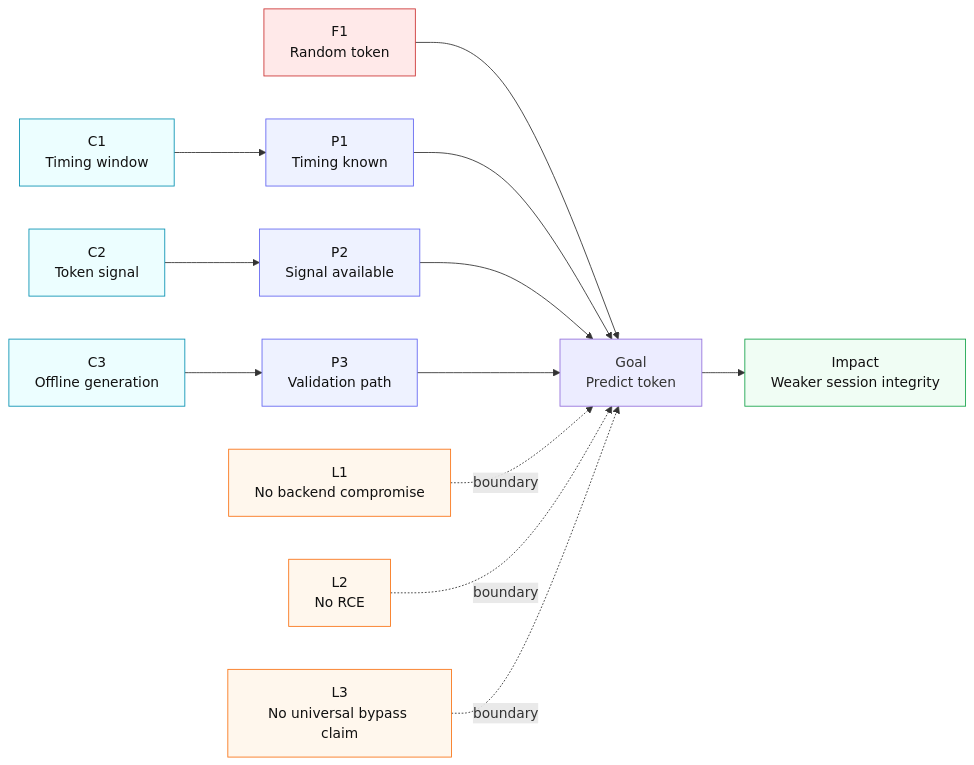
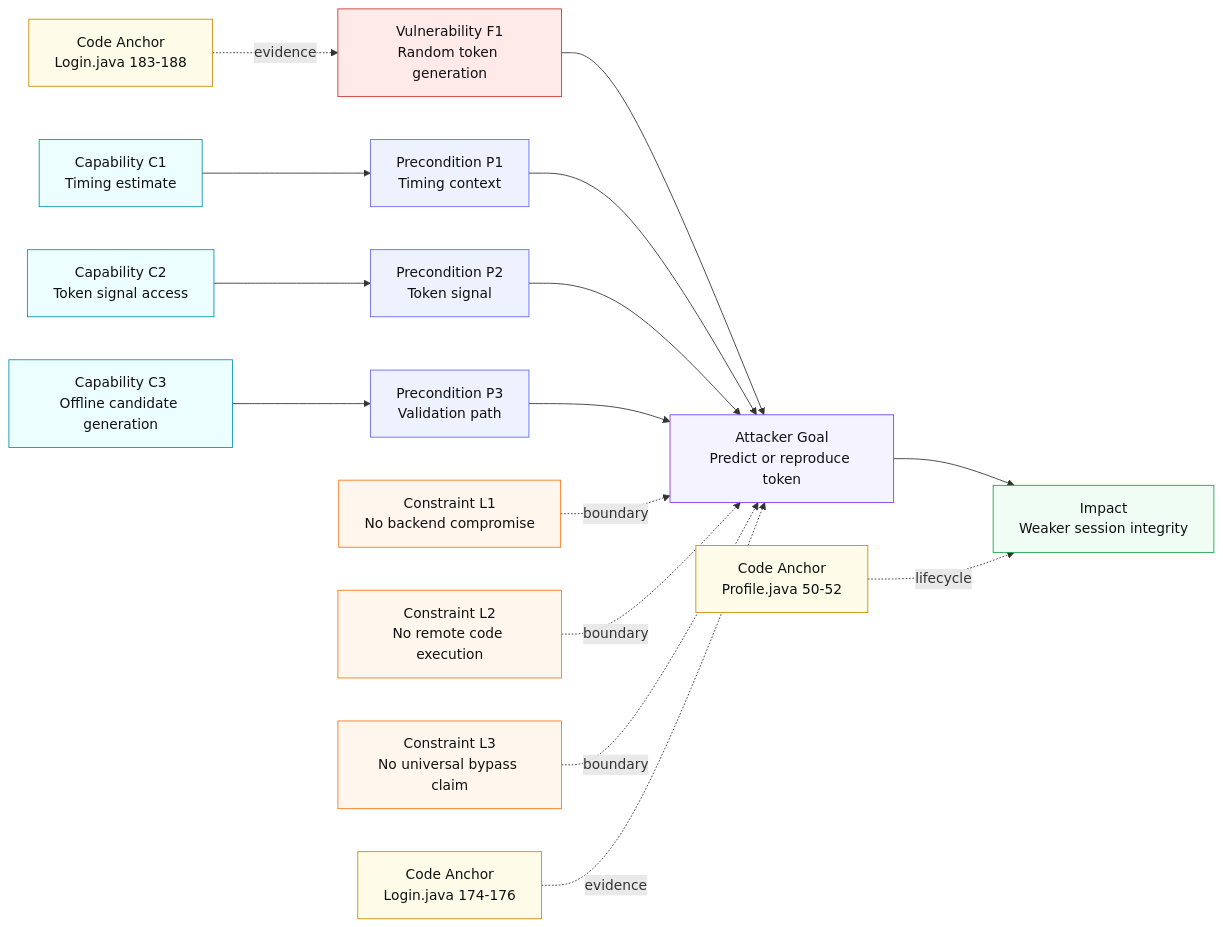
The diagram in threat-model/for-report/threat-model-diagram.md (pablo-labo/Tutorial10_Group5_5995), drawn with Mermaid before and after one commit. The commit also changed other lines of this file, not shown here.

Commit message:
Update threat model diagram to unified colored compact style

````diff
--- a/threat-model/for-report/threat-model-diagram.md
+++ b/threat-model/for-report/threat-model-diagram.md
@@ -5,40 +5,53 @@
 ```mermaid
 flowchart LR
-    V["F1\nRandom token"]
+    V["Vulnerability F1<br/>Random token generation"]
 
-    C1["C1\nTiming window"]
-    C2["C2\nToken signal"]
-    C3["C3\nOffline generation"]
+    C1["Capability C1<br/>Timing estimate"]
+    C2["Capability C2<br/>Token signal access"]
+    C3["Capability C3<br/>Offline candidate generation"]
 
-    P1["P1\nTiming known"]
-    P2["P2\nSignal available"]
-    P3["P3\nValidation path"]
+    P1["Precondition P1<br/>Timing context"]
+    P2["Precondition P2<br/>Token signal"]
+    P3["Precondition P3<br/>Validation path"]
 
-    G["Goal\nPredict token"]
-    I["Impact\nWeaker session integrity"]
+    G["Attacker Goal<br/>Predict or reproduce token"]
+    I["Impact<br/>Weaker session integrity"]
 
-    L1["L1\nNo backend compromise"]
-    L2["L2\nNo RCE"]
-    L3["L3\nNo universal bypass claim"]
+    L1["Constraint L1<br/>No backend compromise"]
+    L2["Constraint L2<br/>No remote code execution"]
+    L3["Constraint L3<br/>No universal bypass claim"]
 
-    V --> G --> I
+    K1["Code Anchor<br/>Login.java 183-188"]
+    K2["Code Anchor<br/>Login.java 174-176"]
+    K3["Code Anchor<br/>Profile.java 50-52"]
+
+    V --> G
     C1 --> P1 --> G
     C2 --> P2 --> G
     C3 --> P3 --> G
+    G --> I
 
     L1 -. boundary .-> G
     L2 -. boundary .-> G
     L3 -. boundary .-> G
 
+    K1 -. evidence .-> V
+    K2 -. evidence .-> G
+    K3 -. lifecycle .-> I
+
     classDef vuln fill:#ffe9e9,stroke:#cc3333,stroke-width:1px,color:#111;
     classDef cap fill:#ecfeff,stroke:#0891b2,stroke-width:1px,color:#111;
     classDef pre fill:#eef2ff,stroke:#6366f1,stroke-width:1px,color:#111;
+    classDef goal fill:#f5f3ff,stroke:#7c3aed,stroke-width:1px,color:#111;
     classDef impact fill:#f0fdf4,stroke:#16a34a,stroke-width:1px,color:#111;
     classDef limit fill:#fff7ed,stroke:#f97316,stroke-width:1px,color:#111;
+    classDef anchor fill:#fefce8,stroke:#ca8a04,stroke-width:1px,color:#111;
 
     class V vuln;
     class C1,C2,C3 cap;
     class P1,P2,P3 pre;
+    class G goal;
     class I impact;
     class L1,L2,L3 limit;
+    class K1,K2,K3 anchor;
 ```
````
